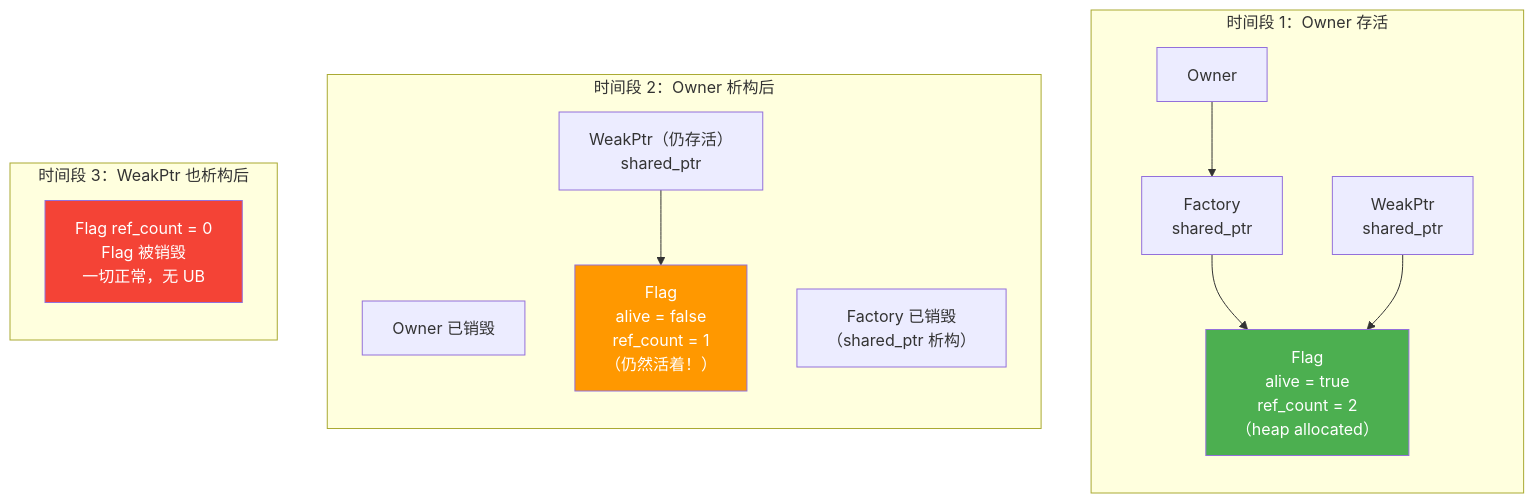
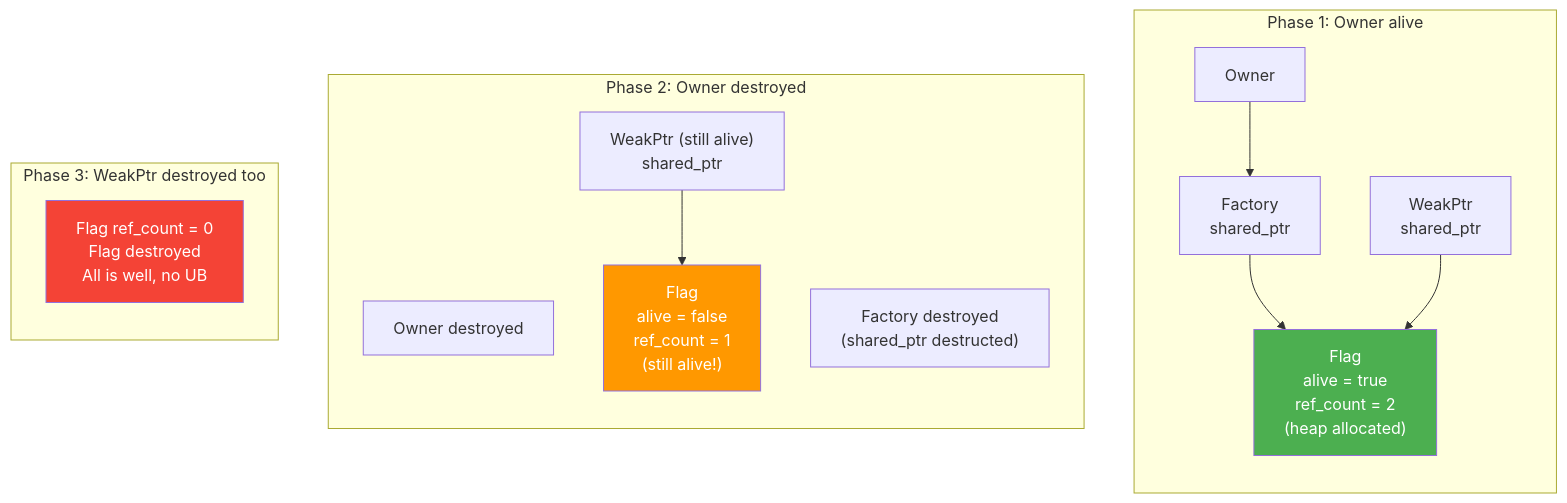
The first of 2 diagrams in documents/en/vol8-domains/cpp-deep-dives/pointer-semantics/03-simple-weakptr.md (Awesome-Embedded-Learning-Studio/Tutorial_AwesomeModernCPP), drawn with Mermaid before and after one commit. The commit also changed other lines of this file and 19 other files, not shown here.

````diff
--- a/documents/en/vol8-domains/cpp-deep-dives/pointer-semantics/03-simple-weakptr.md
+++ b/documents/en/vol8-domains/cpp-deep-dives/pointer-semantics/03-simple-weakptr.md
@@ -133,30 +130,30 @@
 ```mermaid
 graph TD
-    subgraph "时间段 1：Owner 存活"
+    subgraph "Phase 1: Owner alive"
         direction TB
         O1["Owner"]
         F1["Factory\nshared_ptr"]
         W1["WeakPtr\nshared_ptr"]
-        FL1["Flag\nalive = true\nref_count = 2\n（heap allocated）"]
+        FL1["Flag\nalive = true\nref_count = 2\n(heap allocated)"]
         O1 --> F1
         F1 --> FL1
         W1 --> FL1
         style FL1 fill:#4CAF50,color:#fff
     end
 
-    subgraph "时间段 2：Owner 析构后"
+    subgraph "Phase 2: Owner destroyed"
         direction TB
-        O2["Owner 已销毁"]
-        F2["Factory 已销毁\n（shared_ptr 析构）"]
-        W2["WeakPtr（仍存活）\nshared_ptr"]
-        FL2["Flag\nalive = false\nref_count = 1\n（仍然活着！）"]
+        O2["Owner destroyed"]
+        F2["Factory destroyed\n(shared_ptr destructed)"]
+        W2["WeakPtr (still alive)\nshared_ptr"]
+        FL2["Flag\nalive = false\nref_count = 1\n(still alive!)"]
         W2 --> FL2
         style FL2 fill:#FF9800,color:#fff
     end
 
-    subgraph "时间段 3：WeakPtr 也析构后"
+    subgraph "Phase 3: WeakPtr destroyed too"
         direction TB
-        FL3["Flag ref_count = 0\nFlag 被销毁\n一切正常，无 UB"]
+        FL3["Flag ref_count = 0\nFlag destroyed\nAll is well, no UB"]
         style FL3 fill:#f44336,color:#fff
     end
 ```
````
